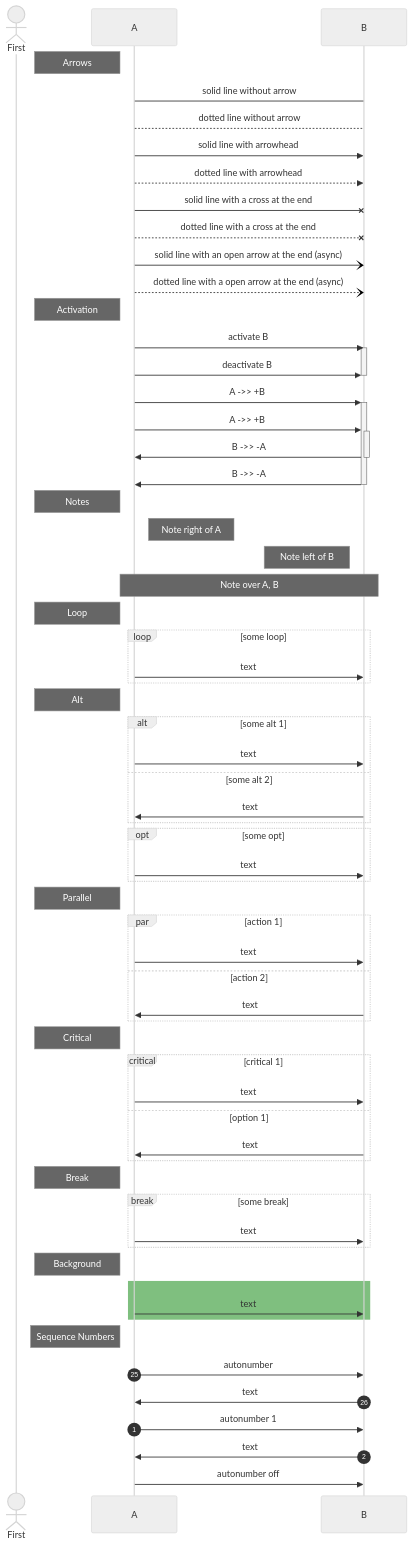
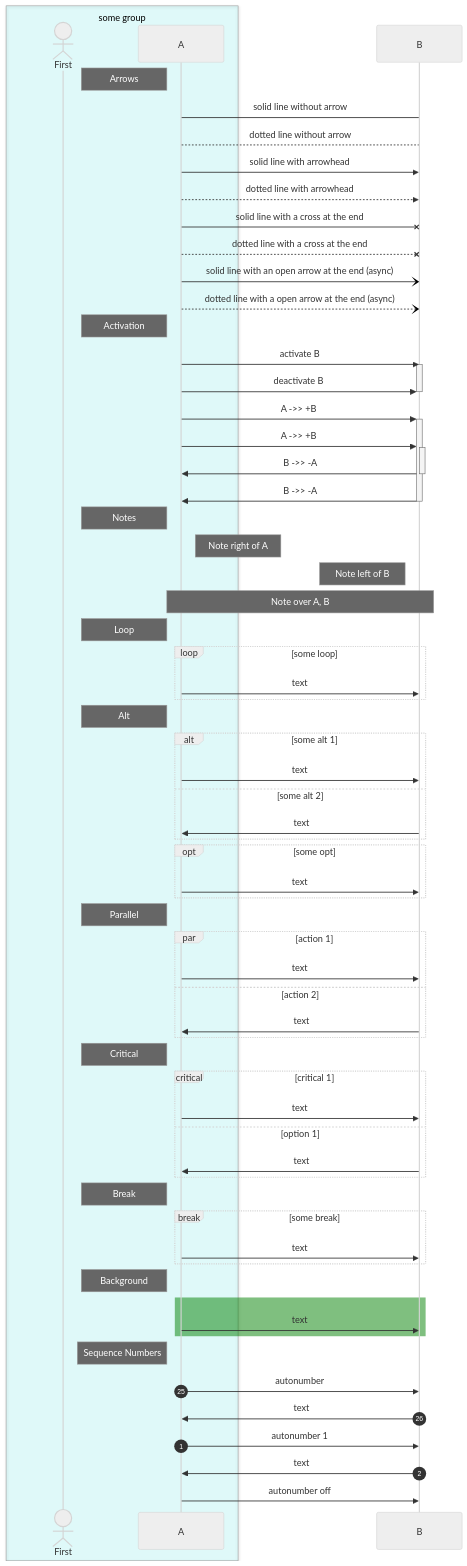
One commit to benallred/presentations changed diagram 11 of 12 in examples/mermaid.md. Above: the diagram before and after it, drawn with Mermaid (neutral theme). The commit also changed other lines of this file, not shown here.

Commit message:
Example: Mermaid: Update to 9.4.0

````diff
--- a/examples/mermaid.md
+++ b/examples/mermaid.md
@@ -143,74 +143,76 @@
 ```mermaid
 %%{ init: { 'sequence': { 'showSequenceNumbers': false, 'mirrorActors': true } } }%%
 sequenceDiagram
     # Note left of A: Ordering, Actor, Alias, Actor Menus
-    actor F as First
-    participant A
+    box rgba(0, 256, 256, .10) some group
+      actor F as First
+      participant A
+    end
     link A: Bing @ https://bing.com
     link A: Dashboard @ https://bing.com
     links B: { "Bing": "https://bing.com", "Dashboard": "https://bing.com" }
     Note left of A: Arrows
     A -> B: solid line without arrow
     A --> B: dotted line without arrow
     A ->> B: solid line with arrowhead
     A -->> B: dotted line with arrowhead
     A -x B: solid line with a cross at the end
     A --x B: dotted line with a cross at the end
     A -) B: solid line with an open arrow at the end (async)
     A --) B: dotted line with a open arrow at the end (async)
     Note left of A: Activation
     A ->> B: activate B
     activate B
     A ->> B: deactivate B
     deactivate B
     A ->> +B: A ->> +B
     A ->> +B: A ->> +B
     B ->> -A: B ->> -A
     B ->> -A: B ->> -A
     Note left of A: Notes
     Note right of A: Note right of A
     Note left of B: Note left of B
     Note over A, B: Note over A, B
     Note left of A: Loop
     loop some loop
         A ->> B: text
     end
     Note left of A: Alt
     alt some alt 1
         A ->> B: text
     else some alt 2
         B ->> A: text
     end
     opt some opt
         A ->> B: text
     end
     Note left of A: Parallel
     par action 1
         A ->> B: text
     and action 2
         B ->> A: text
     end
     Note left of A: Critical
     critical critical 1
        A ->> B: text
     option option 1
        B ->> A: text
     end
     Note left of A: Break
     break some break
        A ->> B: text
     end
     Note left of A: Background
     rect rgb(0, 128, 0, .5)
         A ->> B: text
     end
     Note left of A: Sequence Numbers
     autonumber
     A ->> B: autonumber
     B ->> A: text
     autonumber 1
     A ->> B: autonumber 1
     B ->> A: text
     autonumber off
     A ->> B: autonumber off
 ```
````
